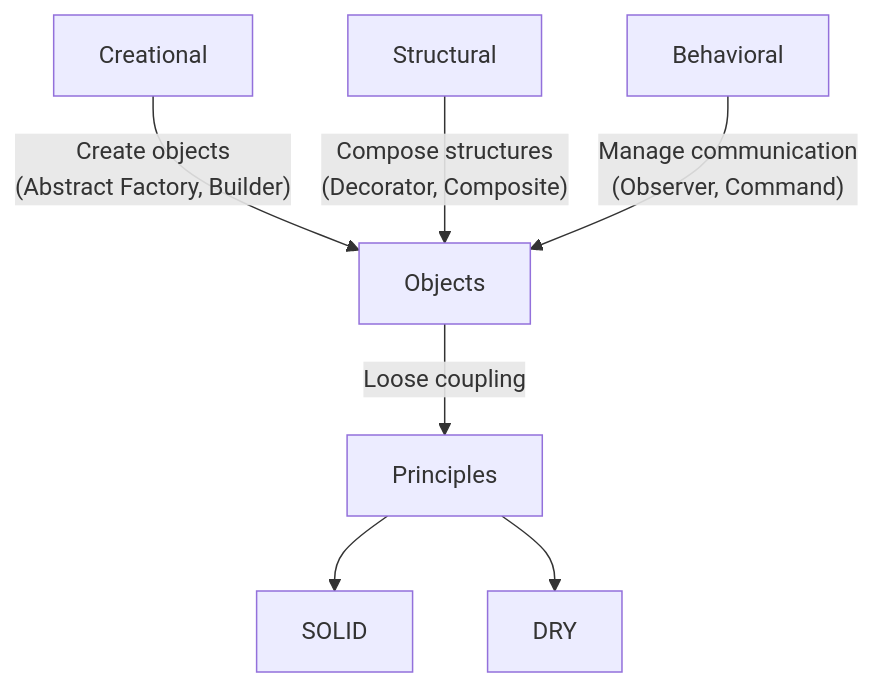
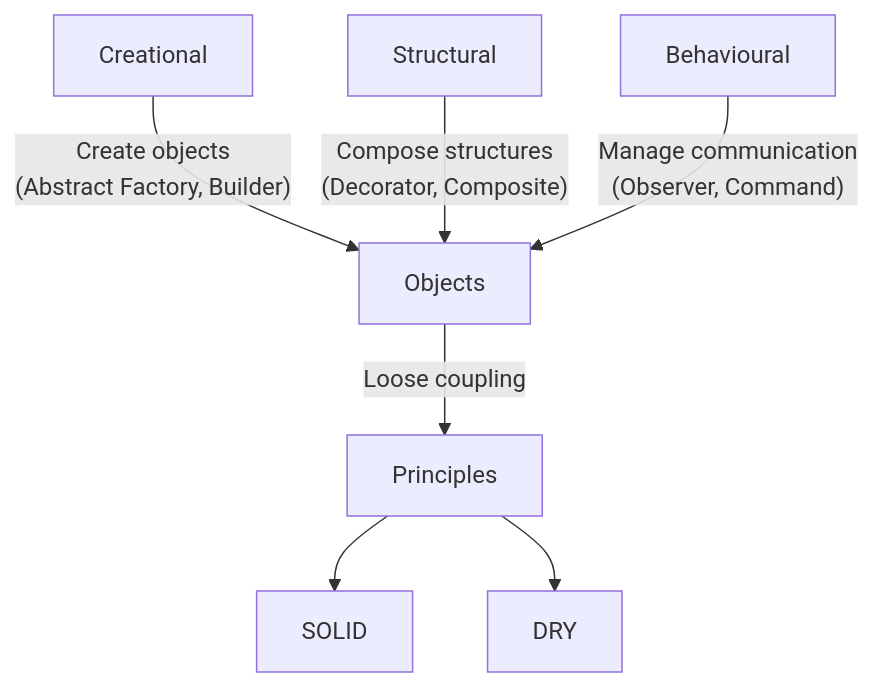
Before and after one commit to Feyerabend/bb: the first of 5 diagrams in workbook/ch07/patterns/README.md, drawn with Mermaid. The commit also changed other lines of this file, not shown here.

````diff
--- a/workbook/ch07/patterns/README.md
+++ b/workbook/ch07/patterns/README.md
@@ -20,10 +20,10 @@
 ```mermaid
 flowchart TD
     Creational -->|"Create objects </br> (Abstract Factory, Builder)"| Objects
     Structural -->|"Compose structures </br> (Decorator, Composite)"| Objects
-    Behavioral -->|"Manage communication </br> (Observer, Command)"| Objects
+    Behavioural -->|"Manage communication </br> (Observer, Command)"| Objects
 
     Objects -->|"Loose coupling"| Principles
     Principles --> SOLID
     Principles --> DRY
 ```
````
